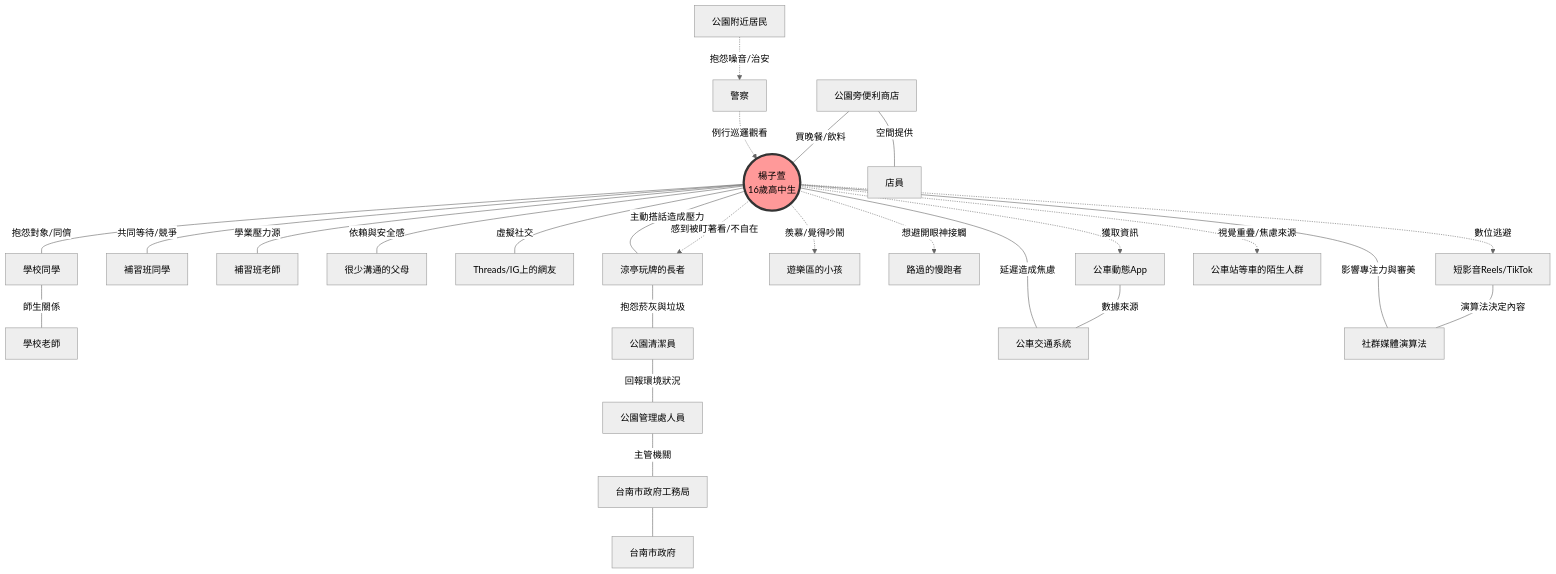
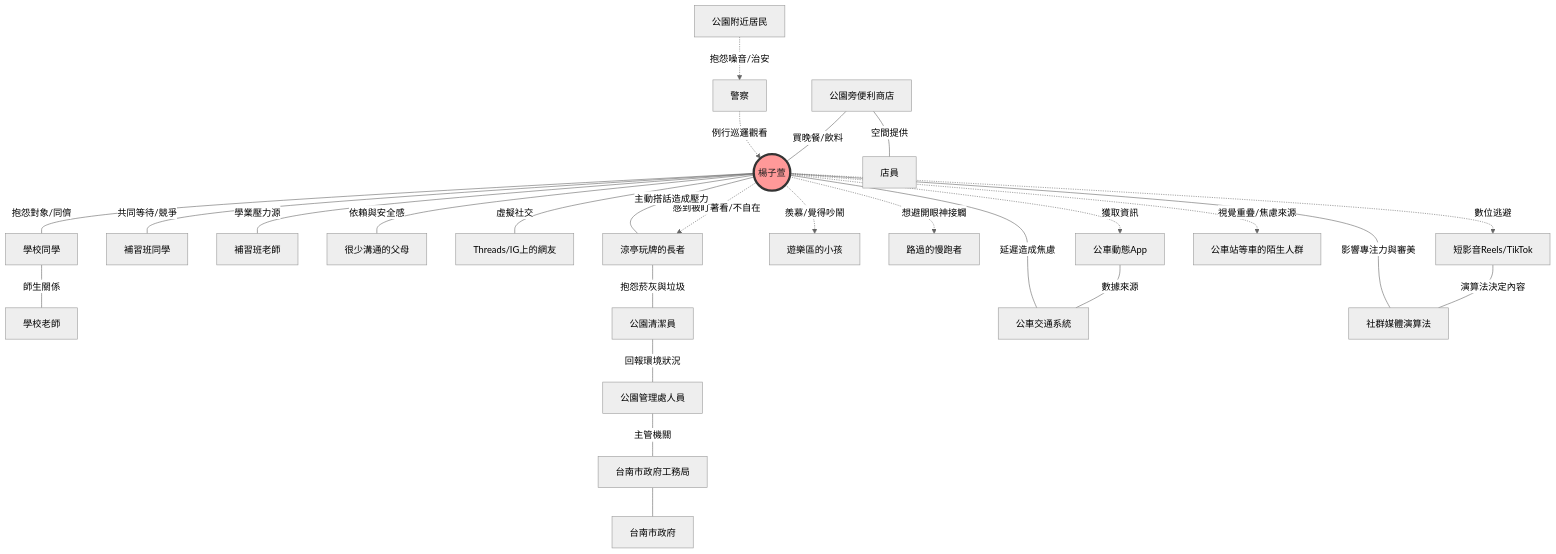
One commit to Clydinite/UXDesignPresentation changed the first of 2 diagrams in slides.md. Above: the diagram before and after it, drawn with Mermaid (neutral theme). The commit also changed other lines of this file, not shown here.

````diff
--- a/slides.md
+++ b/slides.md
@@ -363,43 +475,43 @@
-    ```mermaid
-    graph TD
-    %% 核心角色
-    Main((楊子萱<br/>16歲高中生))
+```mermaid
+graph TD
+%% 核心角色
+Main((楊子萱))
 
-    %% 核心圈層：壓力與社交依賴
-    Main --- |抱怨對象/同儕| Friends[學校同學]
-    Main --- |共同等待/競爭| Classmates[補習班同學]
-    Main --- |學業壓力源| CramTeacher[補習班老師]
-    Main --- |依賴與安全感| Family[很少溝通的父母]
-    Main --- |虛擬社交| Followers[Threads/IG上的網友]
+%% 核心圈層：壓力與社交依賴
+Main --- |抱怨對象/同儕| Friends[學校同學]
+Main --- |共同等待/競爭| Classmates[補習班同學]
+Main --- |學業壓力源| CramTeacher[補習班老師]
+Main --- |依賴與安全感| Family[很少溝通的父母]
+Main --- |虛擬社交| Followers[Threads/IG上的網友]
 
-    %% 中間圈層：場域互動與心理干擾
-    Main -.-> |感到被盯著看/不自在| Elders[涼亭玩牌的長者]
-    Main -.-> |羨慕/覺得吵鬧| Children[遊樂區的小孩]
-    Main -.-> |想避開眼神接觸| Passersby[路過的慢跑者]
-    Main -.-> |數位逃避| Shorts[短影音Reels/TikTok]
-    Main -.-> |獲取資訊| BusApp[公車動態App]
-    Main -.-> |視覺重疊/焦慮來源| Crowds[公車站等車的陌生人群]
+%% 中間圈層：場域互動與心理干擾
+Main -.-> |感到被盯著看/不自在| Elders[涼亭玩牌的長者]
+Main -.-> |羨慕/覺得吵鬧| Children[遊樂區的小孩]
+Main -.-> |想避開眼神接觸| Passersby[路過的慢跑者]
+Main -.-> |數位逃避| Shorts[短影音Reels/TikTok]
+Main -.-> |獲取資訊| BusApp[公車動態App]
+Main -.-> |視覺重疊/焦慮來源| Crowds[公車站等車的陌生人群]
 
-    %% 外圍圈層：環境與間接影響
-    Friends --- |師生關係| SchoolTeacher[學校老師]
-    Elders --- |抱怨菸灰與垃圾| Cleaner[公園清潔員]
-    Cleaner --- |回報環境狀況| Manager[公園管理處人員]
-    Manager --- |主管機關| TCG_Gov[台南市政府工務局]
-    TCG_Gov --- TCG[台南市政府]
+%% 外圍圈層：環境與間接影響
+Friends --- |師生關係| SchoolTeacher[學校老師]
+Elders --- |抱怨菸灰與垃圾| Cleaner[公園清潔員]
+Cleaner --- |回報環境狀況| Manager[公園管理處人員]
+Manager --- |主管機關| TCG_Gov[台南市政府工務局]
+TCG_Gov --- TCG[台南市政府]
 
-    BusApp --- |數據來源| BusSystem[公車交通系統]
-    BusSystem --- |延遲造成焦慮| Main
+BusApp --- |數據來源| BusSystem[公車交通系統]
+BusSystem --- |延遲造成焦慮| Main
 
-    Shorts --- |演算法決定內容| TechCorp[社群媒體演算法]
-    TechCorp --- |影響專注力與審美| Main
+Shorts --- |演算法決定內容| TechCorp[社群媒體演算法]
+TechCorp --- |影響專注力與審美| Main
 
-    %% 空間與社會互動
-    Elders --- |主動搭話造成壓力| Main
-    LocalShop[公園旁便利商店] --- |買晚餐/飲料| Main
-    LocalShop --- |空間提供| Clerk[店員]
-    Resident[公園附近居民] -.-> |抱怨噪音/治安| Police[警察]
-    Police -.-> |例行巡邏觀看| Main
+%% 空間與社會互動
+Elders --- |主動搭話造成壓力| Main
+LocalShop[公園旁便利商店] --- |買晚餐/飲料| Main
+LocalShop --- |空間提供| Clerk[店員]
+Resident[公園附近居民] -.-> |抱怨噪音/治安| Police[警察]
+Police -.-> |例行巡邏觀看| Main
 
-    %% 關係備註
-    style Main fill:#ff9999,stroke:#333,stroke-width:4px
-    ```
+%% 關係備註
+style Main fill:#ff9999,color:#222,stroke:#333,stroke-width:4px
+```
````
